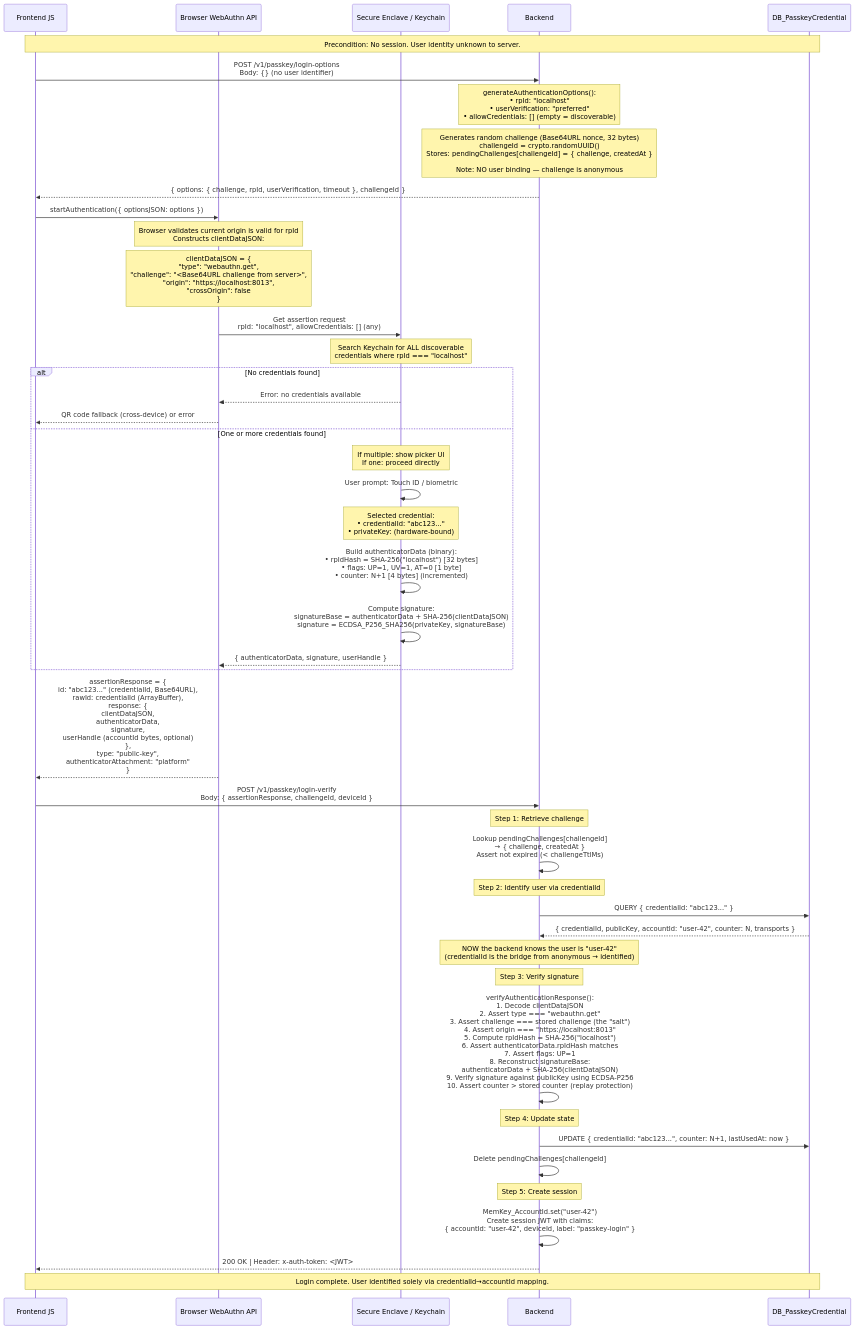
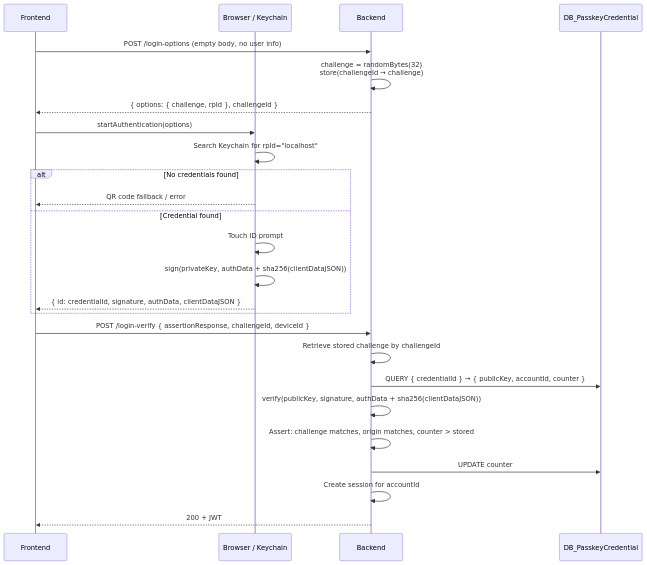
One commit to nu-art-js/thunderstorm changed the diagram in auth/passkey/_docs/passkey-login-flow.md. Above: the diagram before and after it, drawn with Mermaid. The commit also changed other lines of this file and 1 other file, not shown here.

Commit message:
docs: Simplify passkey flow diagrams — pseudo with params/output only

````diff
--- a/auth/passkey/_docs/passkey-login-flow.md
+++ b/auth/passkey/_docs/passkey-login-flow.md
@@ -5,58 +5,30 @@
 ```mermaid
 sequenceDiagram
-    participant FE as Frontend JS
-    participant Browser as Browser WebAuthn API
-    participant SE as Secure Enclave / Keychain
+    participant FE as Frontend
+    participant Browser as Browser / Keychain
     participant BE as Backend
     participant DB as DB_PasskeyCredential
 
-    Note over FE, DB: Precondition: No session. User identity unknown to server.
+    FE->>BE: POST /login-options (empty body, no user info)
+    BE->>BE: challenge = randomBytes(32)<br/>store(challengeId → challenge)
+    BE-->>FE: { options: { challenge, rpId }, challengeId }
 
-    FE->>BE: POST /v1/passkey/login-options<br/>Body: {} (no user identifier)
-    Note over BE: generateAuthenticationOptions():<br/>• rpId: "localhost"<br/>• userVerification: "preferred"<br/>• allowCredentials: [] (empty = discoverable)
-    Note over BE: Generates random challenge (Base64URL nonce, 32 bytes)<br/>challengeId = crypto.randomUUID()<br/>Stores: pendingChallenges[challengeId] = { challenge, createdAt }<br/><br/>Note: NO user binding — challenge is anonymous
-    BE-->>FE: { options: { challenge, rpId, userVerification, timeout }, challengeId }
-
-    FE->>Browser: startAuthentication({ optionsJSON: options })
-    Note over Browser: Browser validates current origin is valid for rpId<br/>Constructs clientDataJSON:
-    Note over Browser: clientDataJSON = {<br/>  "type": "webauthn.get",<br/>  "challenge": "<Base64URL challenge from server>",<br/>  "origin": "https://localhost:8013",<br/>  "crossOrigin": false<br/>}
-
-    Browser->>SE: Get assertion request<br/>rpId: "localhost", allowCredentials: [] (any)
-    Note over SE: Search Keychain for ALL discoverable<br/>credentials where rpId === "localhost"
+    FE->>Browser: startAuthentication(options)
+    Browser->>Browser: Search Keychain for rpId="localhost"
     alt No credentials found
-        SE-->>Browser: Error: no credentials available
-        Browser-->>FE: QR code fallback (cross-device) or error
-    else One or more credentials found
-        Note over SE: If multiple: show picker UI<br/>If one: proceed directly
-        SE->>SE: User prompt: Touch ID / biometric
-        Note over SE: Selected credential:<br/>• credentialId: "abc123..."<br/>• privateKey: (hardware-bound)
-        SE->>SE: Build authenticatorData (binary):<br/>• rpIdHash = SHA-256("localhost") [32 bytes]<br/>• flags: UP=1, UV=1, AT=0 [1 byte]<br/>• counter: N+1 [4 bytes] (incremented)
-        SE->>SE: Compute signature:<br/>signatureBase = authenticatorData + SHA-256(clientDataJSON)<br/>signature = ECDSA_P256_SHA256(privateKey, signatureBase)
-        SE-->>Browser: { authenticatorData, signature, userHandle }
+        Browser-->>FE: QR code fallback / error
+    else Credential found
+        Browser->>Browser: Touch ID prompt
+        Browser->>Browser: sign(privateKey, authData + sha256(clientDataJSON))
+        Browser-->>FE: { id: credentialId, signature, authData, clientDataJSON }
     end
 
-    Browser-->>FE: assertionResponse = {<br/>  id: "abc123..." (credentialId, Base64URL),<br/>  rawId: credentialId (ArrayBuffer),<br/>  response: {<br/>    clientDataJSON,<br/>    authenticatorData,<br/>    signature,<br/>    userHandle (accountId bytes, optional)<br/>  },<br/>  type: "public-key",<br/>  authenticatorAttachment: "platform"<br/>}
-
-    FE->>BE: POST /v1/passkey/login-verify<br/>Body: { assertionResponse, challengeId, deviceId }
-
-    Note over BE: Step 1: Retrieve challenge
-    BE->>BE: Lookup pendingChallenges[challengeId]<br/>→ { challenge, createdAt }<br/>Assert not expired (< challengeTtlMs)
-
-    Note over BE: Step 2: Identify user via credentialId
-    BE->>DB: QUERY { credentialId: "abc123..." }
-    DB-->>BE: { credentialId, publicKey, accountId: "user-42", counter: N, transports }
-    Note over BE: NOW the backend knows the user is "user-42"<br/>(credentialId is the bridge from anonymous → identified)
-
-    Note over BE: Step 3: Verify signature
-    BE->>BE: verifyAuthenticationResponse():<br/>1. Decode clientDataJSON<br/>2. Assert type === "webauthn.get"<br/>3. Assert challenge === stored challenge (the "salt")<br/>4. Assert origin === "https://localhost:8013"<br/>5. Compute rpIdHash = SHA-256("localhost")<br/>6. Assert authenticatorData.rpIdHash matches<br/>7. Assert flags: UP=1<br/>8. Reconstruct signatureBase:<br/>   authenticatorData + SHA-256(clientDataJSON)<br/>9. Verify signature against publicKey using ECDSA-P256<br/>10. Assert counter > stored counter (replay protection)
-
-    Note over BE: Step 4: Update state
-    BE->>DB: UPDATE { credentialId: "abc123...", counter: N+1, lastUsedAt: now }
-    BE->>BE: Delete pendingChallenges[challengeId]
-
-    Note over BE: Step 5: Create session
-    BE->>BE: MemKey_AccountId.set("user-42")<br/>Create session JWT with claims:<br/>{ accountId: "user-42", deviceId, label: "passkey-login" }
-    BE-->>FE: 200 OK | Header: x-auth-token: <JWT>
-
-    Note over FE, DB: Login complete. User identified solely via credentialId→accountId mapping.
+    FE->>BE: POST /login-verify { assertionResponse, challengeId, deviceId }
+    BE->>BE: Retrieve stored challenge by challengeId
+    BE->>DB: QUERY { credentialId } → { publicKey, accountId, counter }
+    BE->>BE: verify(publicKey, signature, authData + sha256(clientDataJSON))
+    BE->>BE: Assert: challenge matches, origin matches, counter > stored
+    BE->>DB: UPDATE counter
+    BE->>BE: Create session for accountId
+    BE-->>FE: 200 + JWT
 ```
````
